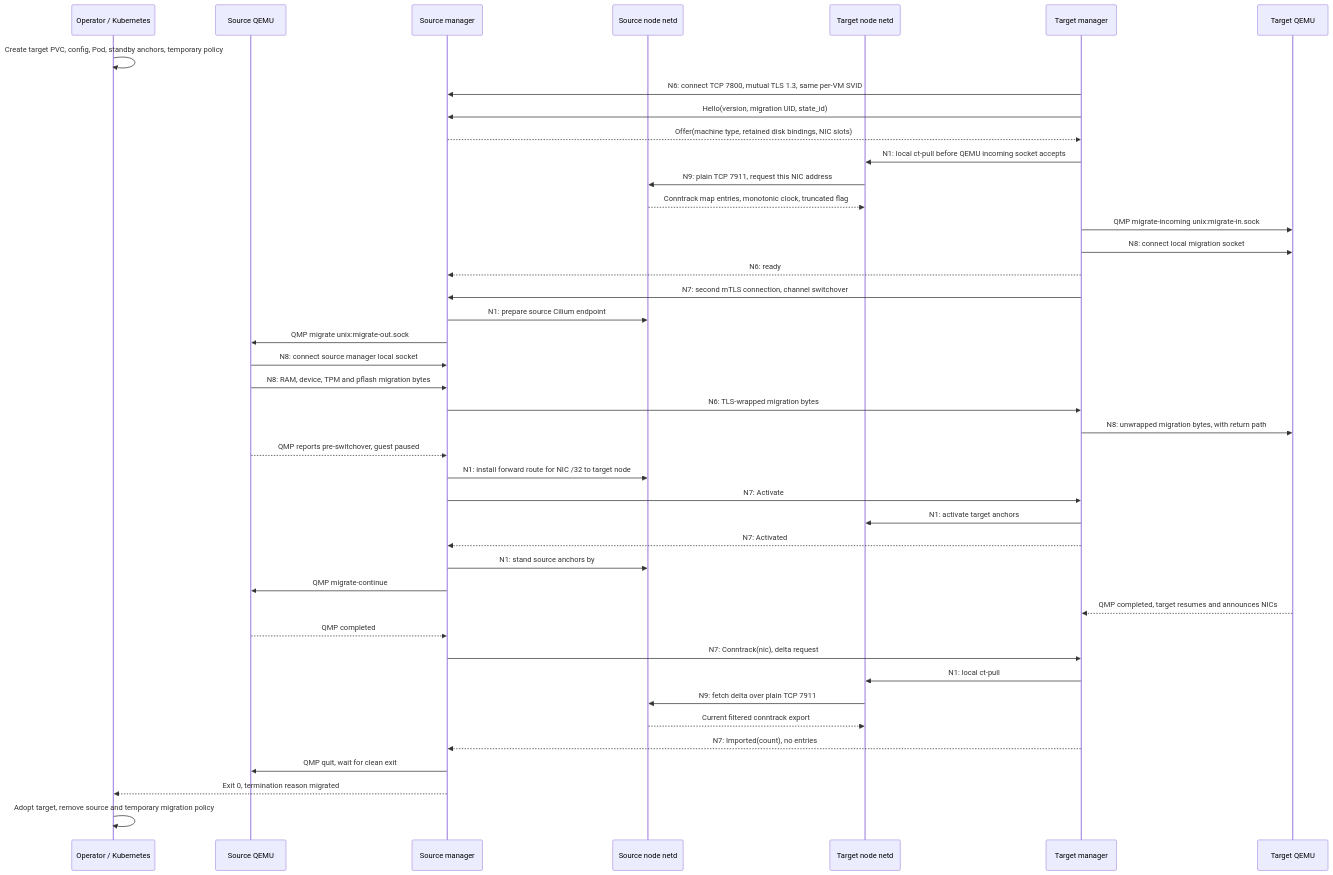
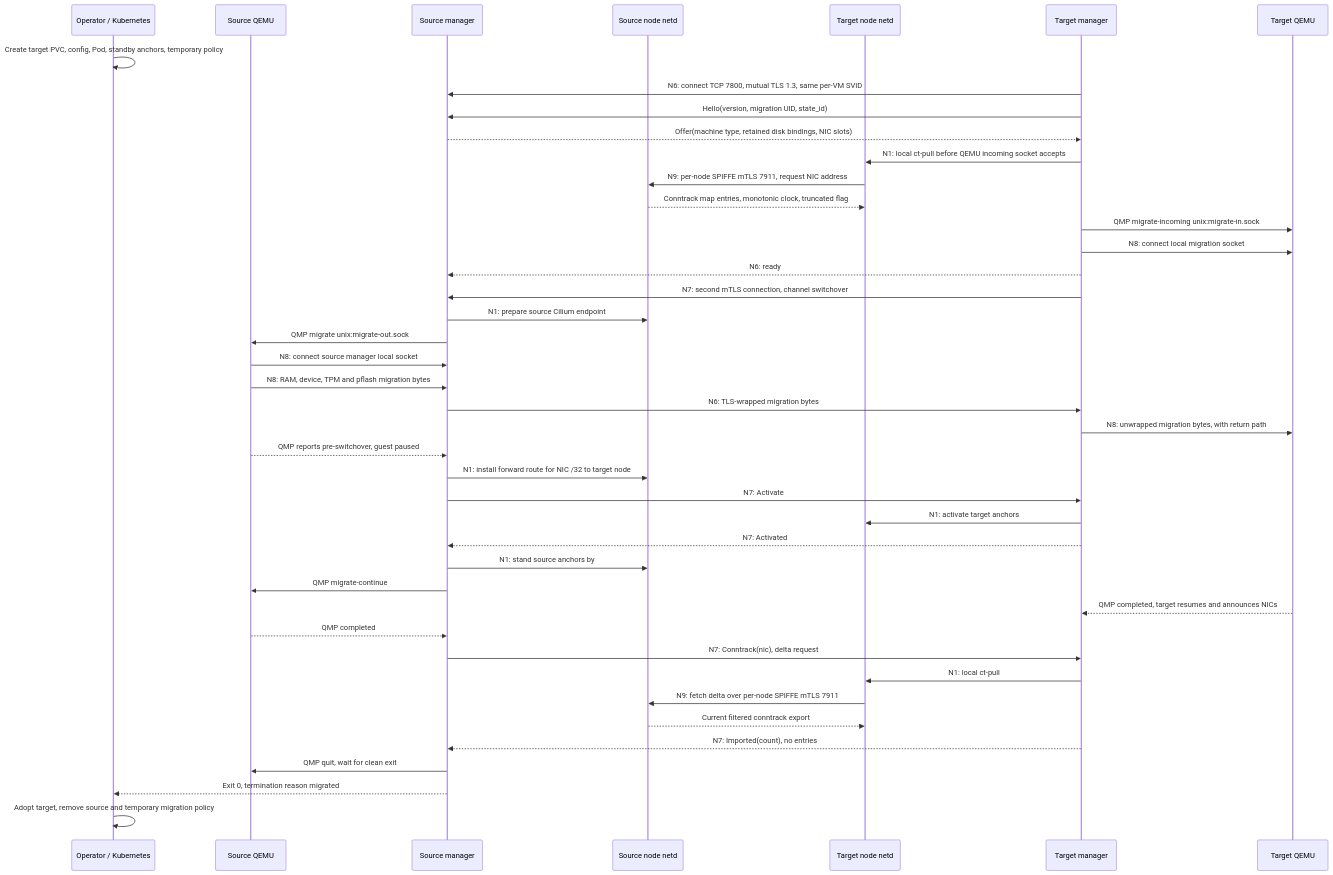
The third of 4 diagrams in docs/connections/data-paths.md (SamYaple/qrab), drawn with Mermaid before and after one commit. The commit also changed other lines of this file and 14 other files, not shown here.

Commit message:
Require node-bound SPIFFE mTLS for conntrack handoff (work/netd-conntrack-peer-transport-auth)

````diff
--- a/docs/connections/data-paths.md
+++ b/docs/connections/data-paths.md
@@ -181,44 +181,44 @@
 ```mermaid
 sequenceDiagram
     participant O as Operator / Kubernetes
     participant SQ as Source QEMU
     participant SM as Source manager
     participant SN as Source node netd
     participant TN as Target node netd
     participant TM as Target manager
     participant TQ as Target QEMU
     O->>O: Create target PVC, config, Pod, standby anchors, temporary policy
     TM->>SM: N6: connect TCP 7800, mutual TLS 1.3, same per-VM SVID
     TM->>SM: Hello(version, migration UID, state_id)
     SM-->>TM: Offer(machine type, retained disk bindings, NIC slots)
     TM->>TN: N1: local ct-pull before QEMU incoming socket accepts
-    TN->>SN: N9: plain TCP 7911, request this NIC address
+    TN->>SN: N9: per-node SPIFFE mTLS 7911, request NIC address
     SN-->>TN: Conntrack map entries, monotonic clock, truncated flag
     TM->>TQ: QMP migrate-incoming unix:migrate-in.sock
     TM->>TQ: N8: connect local migration socket
     TM-->>SM: N6: ready
     TM->>SM: N7: second mTLS connection, channel switchover
     SM->>SN: N1: prepare source Cilium endpoint
     SM->>SQ: QMP migrate unix:migrate-out.sock
     SQ->>SM: N8: connect source manager local socket
     SQ->>SM: N8: RAM, device, TPM and pflash migration bytes
     SM->>TM: N6: TLS-wrapped migration bytes
     TM->>TQ: N8: unwrapped migration bytes, with return path
     SQ-->>SM: QMP reports pre-switchover, guest paused
     SM->>SN: N1: install forward route for NIC /32 to target node
     SM->>TM: N7: Activate
     TM->>TN: N1: activate target anchors
     TM-->>SM: N7: Activated
     SM->>SN: N1: stand source anchors by
     SM->>SQ: QMP migrate-continue
     TQ-->>TM: QMP completed, target resumes and announces NICs
     SQ-->>SM: QMP completed
     SM->>TM: N7: Conntrack(nic), delta request
     TM->>TN: N1: local ct-pull
-    TN->>SN: N9: fetch delta over plain TCP 7911
+    TN->>SN: N9: fetch delta over per-node SPIFFE mTLS 7911
     SN-->>TN: Current filtered conntrack export
     TM-->>SM: N7: Imported(count), no entries
     SM->>SQ: QMP quit, wait for clean exit
     SM-->>O: Exit 0, termination reason migrated
     O->>O: Adopt target, remove source and temporary migration policy
 ```
````
